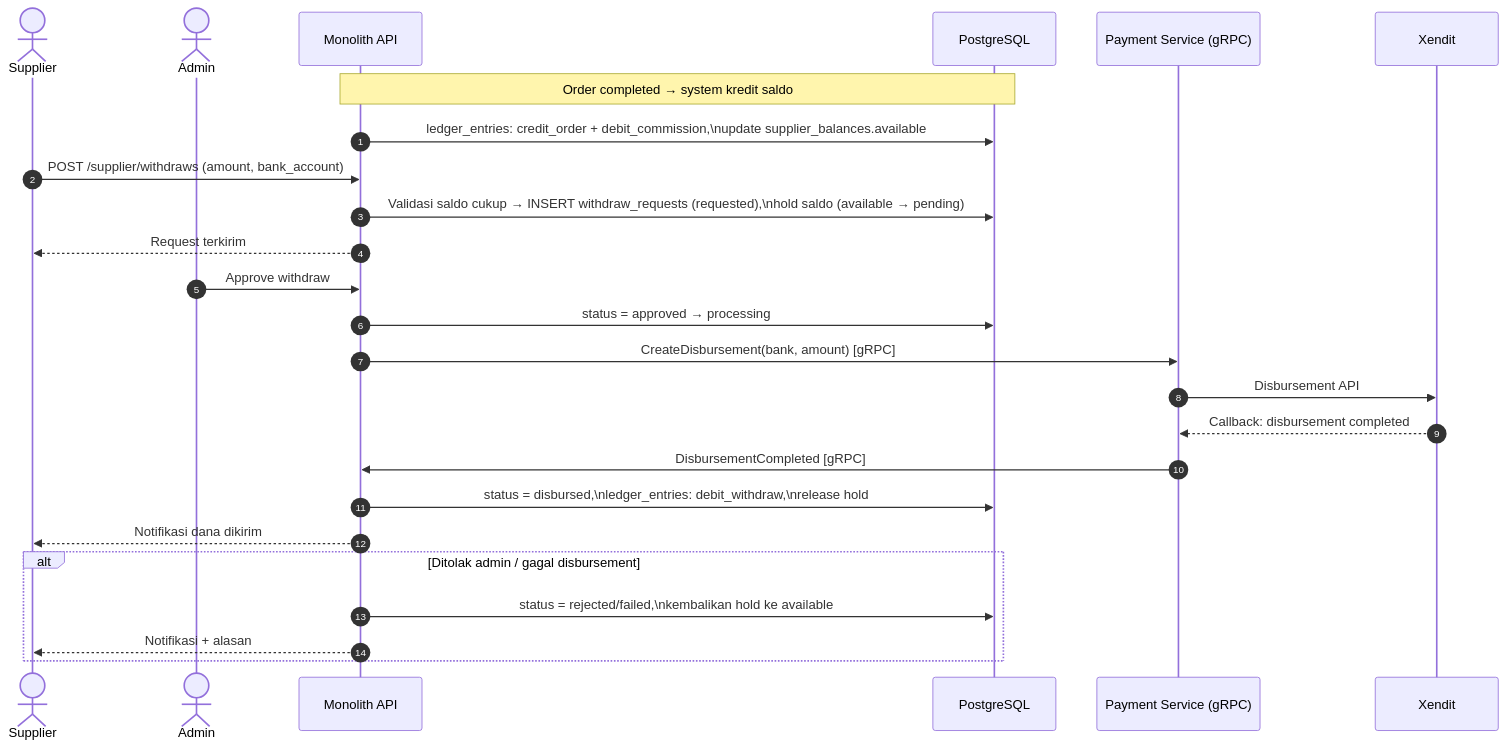
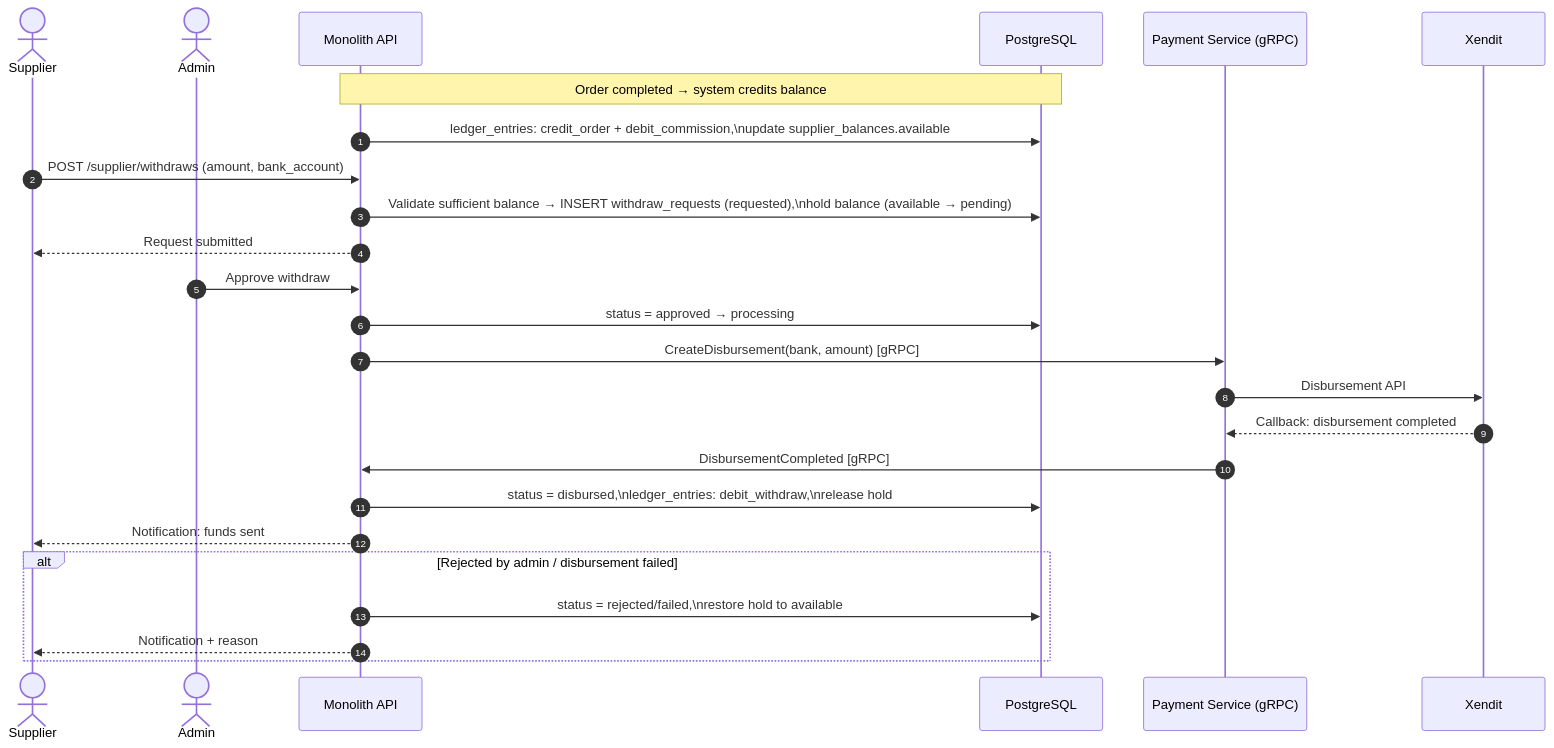
One commit to erdinhrmwn/bangunin-project changed the ninth of 10 diagrams in docs/erd.md. Above: the diagram before and after it, drawn with Mermaid. The commit also changed other lines of this file and 2 other files, not shown here.

First line of the commit message:
docs: translate erd, requirements, struktur-project to English

````diff
--- a/docs/erd.md
+++ b/docs/erd.md
@@ -485,31 +485,31 @@
 ```mermaid
 sequenceDiagram
     autonumber
     actor S as Supplier
     actor AD as Admin
     participant API as Monolith API
     participant DB as PostgreSQL
     participant PS as Payment Service (gRPC)
     participant XD as Xendit
 
-    Note over API,DB: Order completed → system kredit saldo
+    Note over API,DB: Order completed → system credits balance
     API->>DB: ledger_entries: credit_order + debit_commission,\nupdate supplier_balances.available
 
     S->>API: POST /supplier/withdraws (amount, bank_account)
-    API->>DB: Validasi saldo cukup → INSERT withdraw_requests (requested),\nhold saldo (available → pending)
-    API-->>S: Request terkirim
+    API->>DB: Validate sufficient balance → INSERT withdraw_requests (requested),\nhold balance (available → pending)
+    API-->>S: Request submitted
 
     AD->>API: Approve withdraw
     API->>DB: status = approved → processing
     API->>PS: CreateDisbursement(bank, amount) [gRPC]
     PS->>XD: Disbursement API
     XD-->>PS: Callback: disbursement completed
     PS->>API: DisbursementCompleted [gRPC]
     API->>DB: status = disbursed,\nledger_entries: debit_withdraw,\nrelease hold
-    API-->>S: Notifikasi dana dikirim
+    API-->>S: Notification: funds sent
 
-    alt Ditolak admin / gagal disbursement
-        API->>DB: status = rejected/failed,\nkembalikan hold ke available
-        API-->>S: Notifikasi + alasan
+    alt Rejected by admin / disbursement failed
+        API->>DB: status = rejected/failed,\nrestore hold to available
+        API-->>S: Notification + reason
     end
 ```
````
